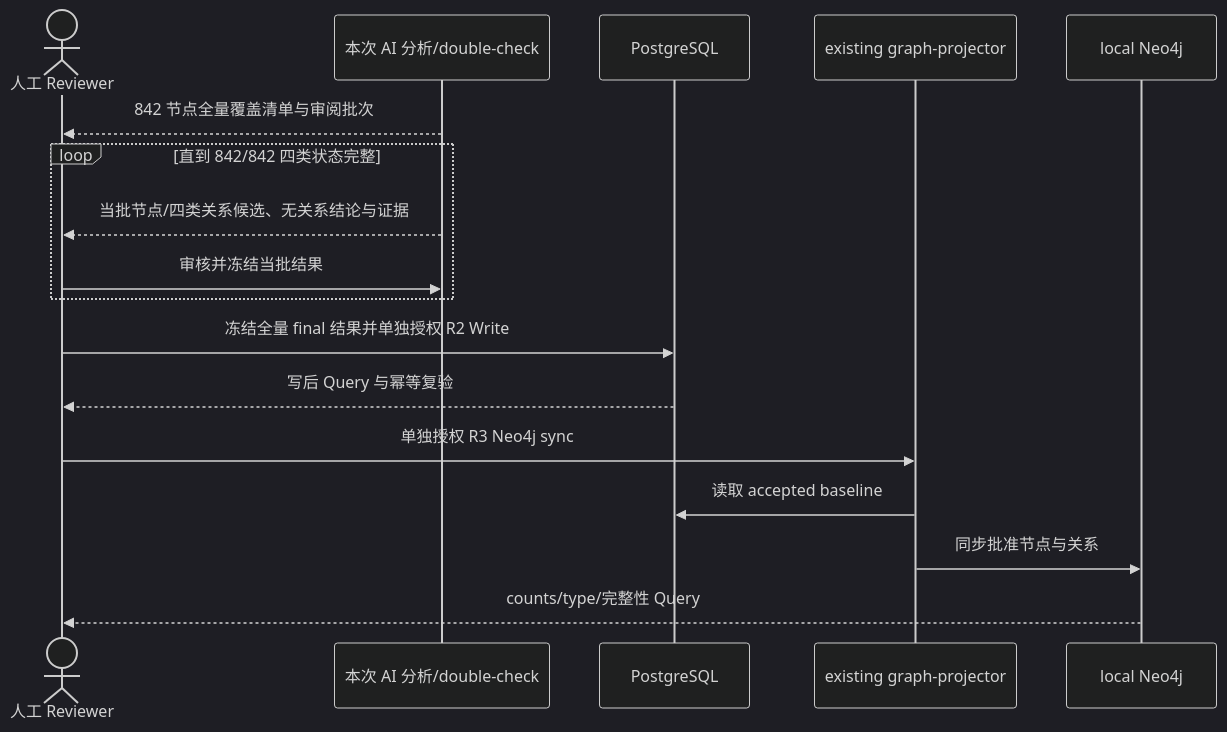
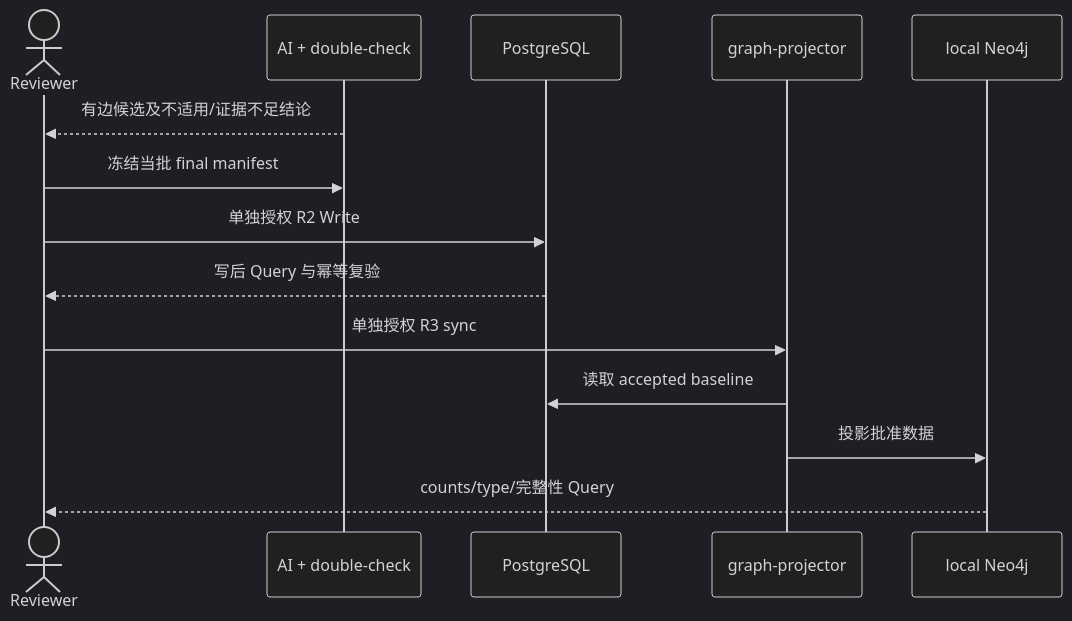
One commit to meierlink88/tidewise-ai changed the second of 2 diagrams in openspec/changes/rebuild-foundation-graph-and-enrich-chain-data/design.md. Above: the diagram before and after it, drawn with Mermaid (dark theme). The commit also changed other lines of this file and 5 other files, not shown here.

Commit message:
docs(openspec): refresh graph rebuild proposal baseline

````diff
--- a/openspec/changes/rebuild-foundation-graph-and-enrich-chain-data/design.md
+++ b/openspec/changes/rebuild-foundation-graph-and-enrich-chain-data/design.md
@@ -74,20 +87,16 @@
 ```mermaid
 sequenceDiagram
-    actor Reviewer as 人工 Reviewer
-    participant Analysis as 本次 AI 分析/double-check
+    actor Reviewer as Reviewer
+    participant Analysis as AI + double-check
     participant PG as PostgreSQL
-    participant Projector as existing graph-projector
-    participant Neo4j as local Neo4j
-
-    Analysis-->>Reviewer: 842 节点全量覆盖清单与审阅批次
-    loop 直到 842/842 四类状态完整
-        Analysis-->>Reviewer: 当批节点/四类关系候选、无关系结论与证据
-        Reviewer->>Analysis: 审核并冻结当批结果
-    end
-    Reviewer->>PG: 冻结全量 final 结果并单独授权 R2 Write
+    participant Projector as graph-projector
+    participant Neo as local Neo4j
+    Analysis-->>Reviewer: 有边候选及不适用/证据不足结论
+    Reviewer->>Analysis: 冻结当批 final manifest
+    Reviewer->>PG: 单独授权 R2 Write
     PG-->>Reviewer: 写后 Query 与幂等复验
-    Reviewer->>Projector: 单独授权 R3 Neo4j sync
+    Reviewer->>Projector: 单独授权 R3 sync
     Projector->>PG: 读取 accepted baseline
-    Projector->>Neo4j: 同步批准节点与关系
-    Neo4j-->>Reviewer: counts/type/完整性 Query
+    Projector->>Neo: 投影批准数据
+    Neo-->>Reviewer: counts/type/完整性 Query
 ```
````
